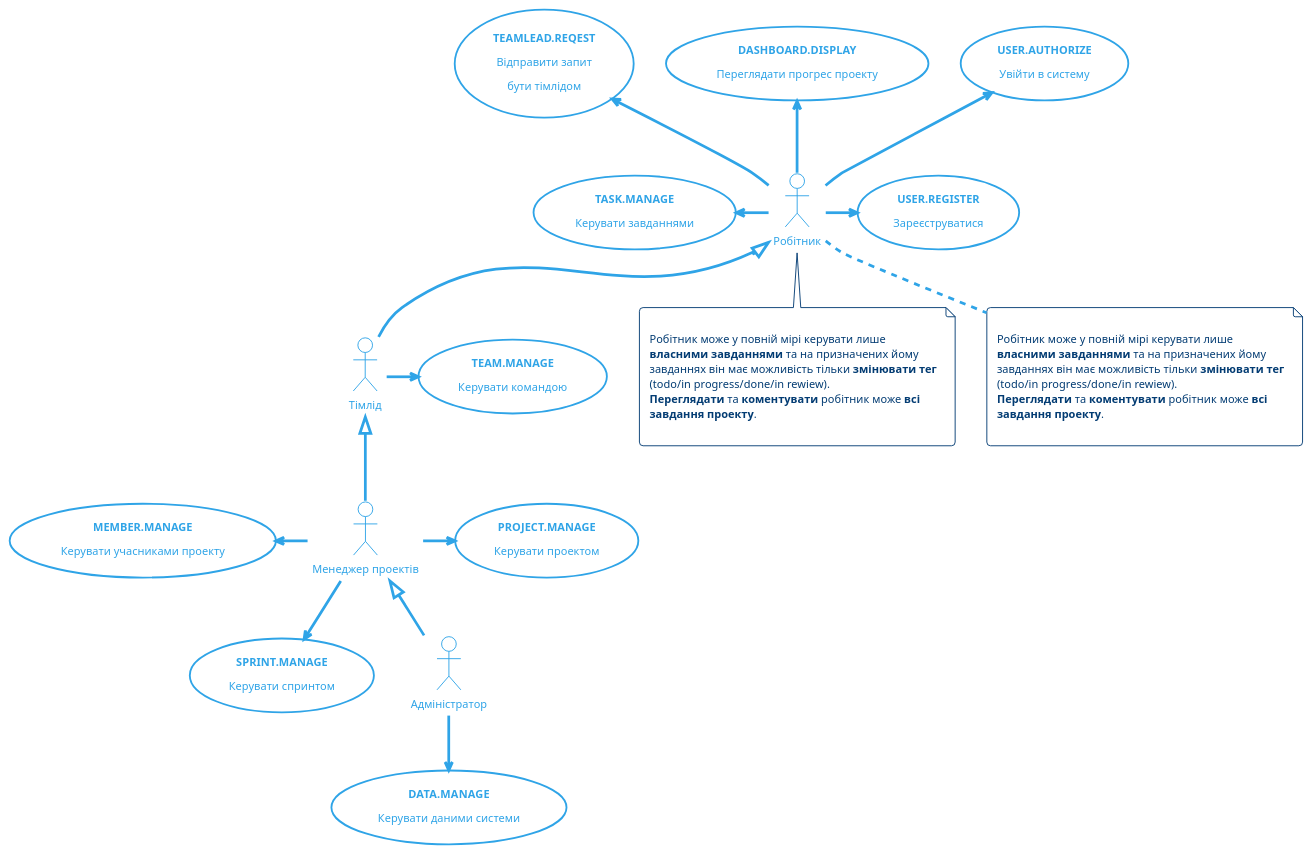
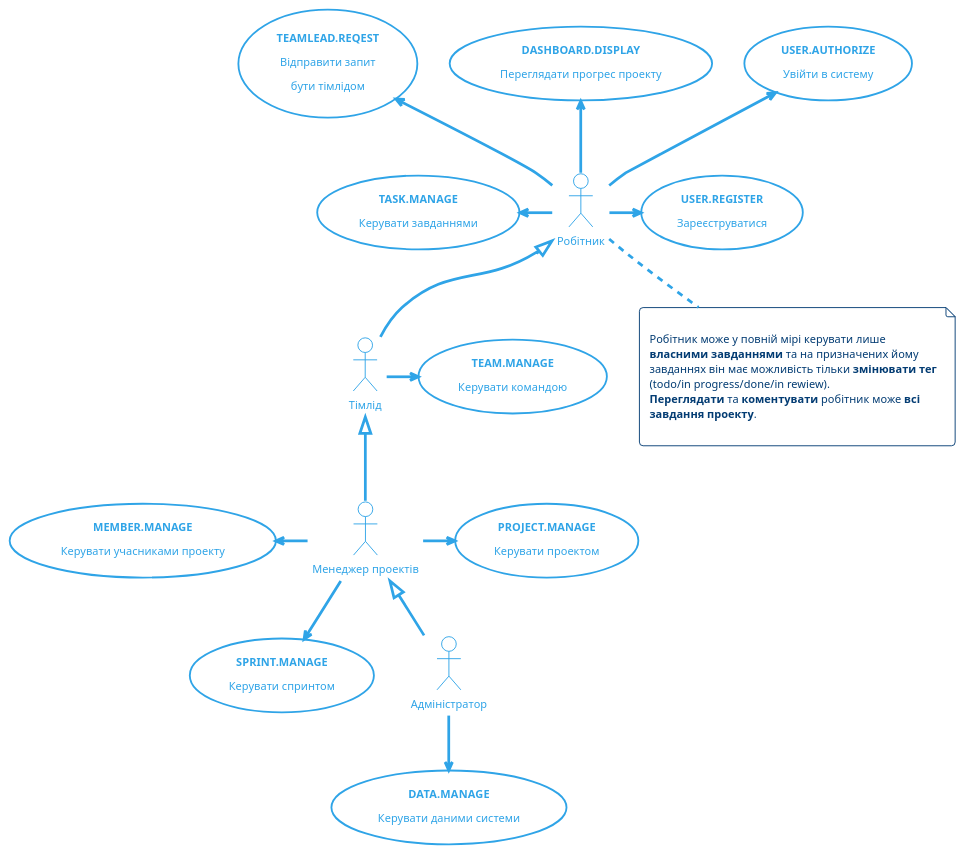
Before and after one commit to ChVictoria/edu_db_labs_project_management: the first of 25 diagrams in docs/use cases/README.md, drawn with PlantUML. The commit also changed 1 other file, not shown here.

Commit message:
edit business objects model

```diff
--- a/docs/use cases/README.md
+++ b/docs/use cases/README.md
@@ -12,69 +12,58 @@
 @startuml
 !theme cerulean-outline
 
     actor "Робітник" as Collaborator
 
     usecase "<b>USER.REGISTER</b>\nЗареєструватися" as USER.REGISTER
     usecase "<b>USER.AUTHORIZE</b>\nУвійти в систему" as USER.AUTHORIZE
     usecase "<b>TASK.MANAGE</b>\nКерувати завданнями" as TASK.MANAGE
     usecase "<b>DASHBOARD.DISPLAY</b>\nПереглядати прогрес проекту" as DASHBOARD.DISPLAY
     usecase "<b>TEAMLEAD.REQEST</b>\nВідправити запит\nбути тімлідом" as TEAMLEAD.REQEST
 
     Collaborator -r-> USER.REGISTER
     Collaborator -u-> USER.AUTHORIZE
     Collaborator -l-> TASK.MANAGE
     Collaborator -u-> DASHBOARD.DISPLAY
     Collaborator -u-> TEAMLEAD.REQEST
 
 
     note bottom of Collaborator #fff
 
         Робітник може у повній мірі керувати лише
         <b>власними завданнями</b> та на призначених йому
         завданнях він має можливість тільки <b>змінювати тег</b>
         (todo/in progress/done/in rewiew).
         <b>Переглядати</b> та <b>коментувати</b> робітник може <b>всі</b>
         <b>завдання проекту</b>.
 
     end note
 
 
-    note bottom of Collaborator #fff
-
-        Робітник може у повній мірі керувати лише
-        <b>власними завданнями</b> та на призначених йому
-        завданнях він має можливість тільки <b>змінювати тег</b>
-        (todo/in progress/done/in rewiew).
-        <b>Переглядати</b> та <b>коментувати</b> робітник може <b>всі</b>
-        <b>завдання проекту</b>.
-
-    end note
-
     actor "Тімлід" as Teamlead
 
     usecase "<b>TEAM.MANAGE</b>\nКерувати командою" as TEAM.MANAGE
 
     Teamlead -r-> TEAM.MANAGE
     Teamlead -u-|> Collaborator
 
 
     actor "Менеджер проектів" as Manager
 
     usecase "<b>PROJECT.MANAGE</b>\nКерувати проектом" as PROJECT.MANAGE
     usecase "<b>SPRINT.MANAGE</b>\nКерувати спринтом" as SPRINT.MANAGE
     usecase "<b>MEMBER.MANAGE</b>\nКерувати учасниками проекту" as MEMBER.MANAGE
 
     Manager -> PROJECT.MANAGE
     Manager -d-> SPRINT.MANAGE
     Manager -l-> MEMBER.MANAGE
     Manager -u-|> Teamlead
 
 
     actor "Адміністратор" as Admin
 
     usecase "<b>DATA.MANAGE</b>\nКерувати даними системи" as DATA.MANAGE
 
     Admin --> DATA.MANAGE
     Admin -u-|> Manager
 
 @enduml
```
